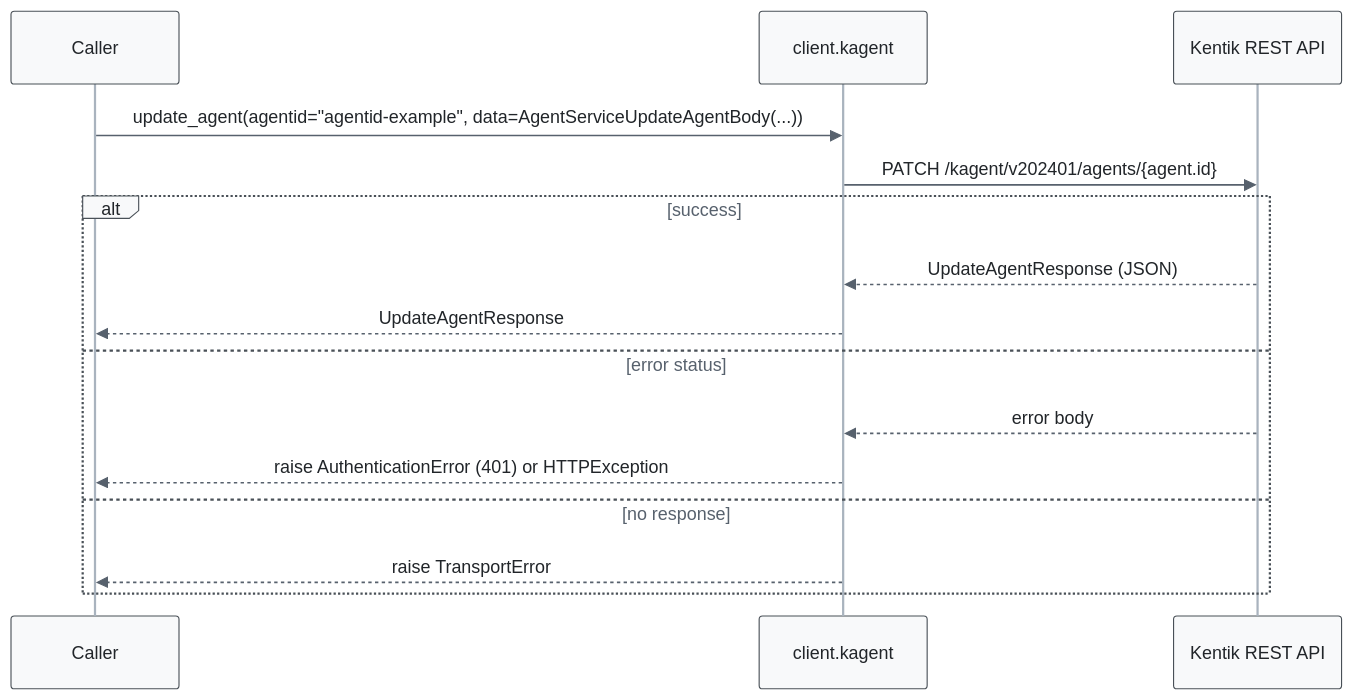
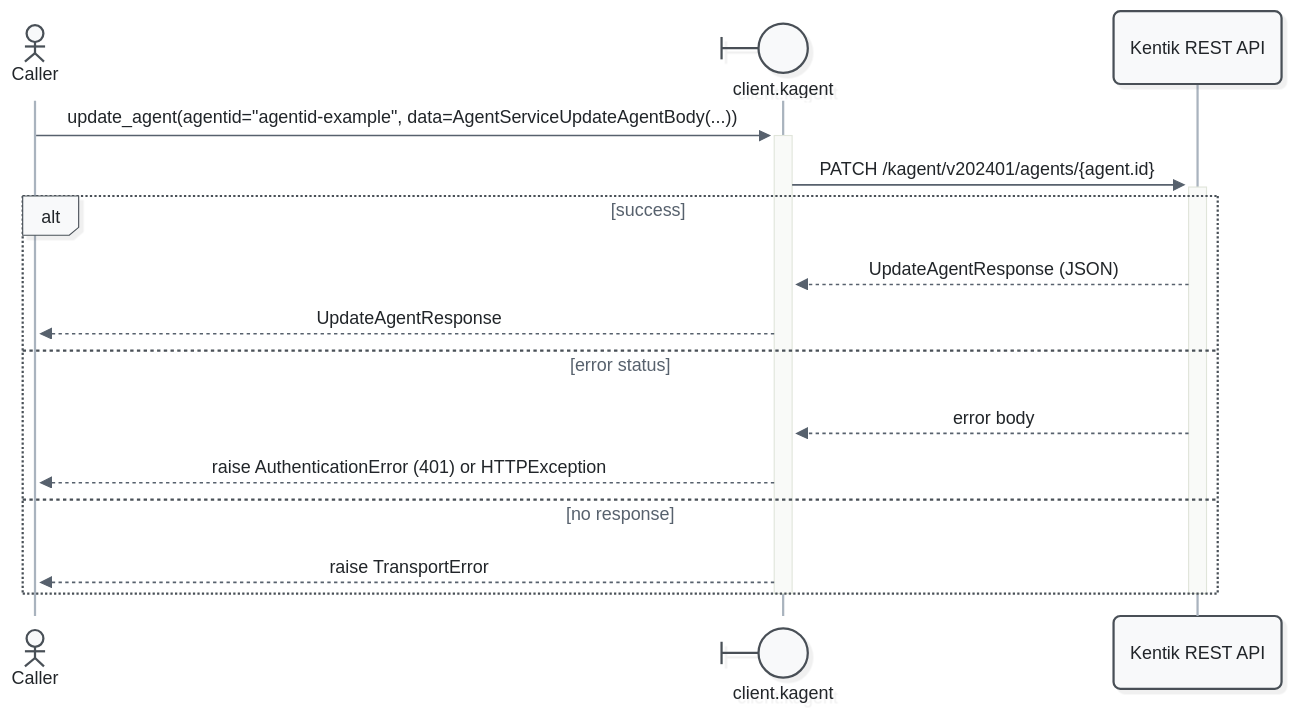
Diagram 11 of 57 in docs/sphinx/services/kagent.md (alexdearaujo/community_sdk_python), drawn with Mermaid before and after one commit. The commit also changed other lines of this file and 52 other files, not shown here.

First line of the commit message:
docs: Mermaid 12 sequence diagrams with participant types and path colors

````diff
--- a/docs/sphinx/services/kagent.md
+++ b/docs/sphinx/services/kagent.md
@@ -429,19 +454,21 @@
 ```mermaid
-%%{init: {"theme": "base", "fontFamily": "ui-monospace, SFMono-Regular, Menlo, monospace", "themeVariables": {"fontFamily": "ui-monospace, SFMono-Regular, Menlo, monospace", "primaryColor": "#f8f9fa", "primaryBorderColor": "#495057", "primaryTextColor": "#212529", "textColor": "#212529", "lineColor": "#77818c", "edgeLabelBackground": "#ffffff", "actorBkg": "#f8f9fa", "actorBorder": "#495057", "actorTextColor": "#212529", "actorLineColor": "#a9b3be", "signalColor": "#57616d", "signalTextColor": "#212529", "labelBoxBkgColor": "#f8f9fa", "labelBoxBorderColor": "#495057", "labelTextColor": "#212529", "loopTextColor": "#57616d", "noteBkgColor": "#fff9db", "noteBorderColor": "#f08c00", "noteTextColor": "#a35a00"}, "flowchart": {"curve": "step", "nodeSpacing": 30, "rankSpacing": 70, "wrappingWidth": 400}}}%%
+%%{init: {"theme": "redux", "look": "neo", "layout": "dagre", "fontFamily": "ui-monospace, SFMono-Regular, Menlo, monospace", "themeVariables": {"fontFamily": "ui-monospace, SFMono-Regular, Menlo, monospace", "primaryColor": "#f8f9fa", "primaryBorderColor": "#495057", "primaryTextColor": "#212529", "textColor": "#212529", "lineColor": "#77818c", "edgeLabelBackground": "#ffffff", "actorBkg": "#f8f9fa", "actorBorder": "#495057", "actorTextColor": "#212529", "actorLineColor": "#a9b3be", "signalColor": "#57616d", "signalTextColor": "#212529", "labelBoxBkgColor": "#f8f9fa", "labelBoxBorderColor": "#495057", "labelTextColor": "#212529", "loopTextColor": "#57616d", "noteBkgColor": "#fff9db", "noteBorderColor": "#f08c00", "noteTextColor": "#a35a00"}, "sequence": {"activationWidth": 16}, "flowchart": {"curve": "step", "nodeSpacing": 30, "rankSpacing": 70, "wrappingWidth": 400}}}%%
 sequenceDiagram
-    participant C as Caller
-    participant W as client.kagent
+    actor C as Caller
+    participant W@{ "type": "boundary" } as client.kagent
     participant API as Kentik REST API
 
-    C->>W: update_agent(agentid="agentid-example", data=AgentServiceUpdateAgentBody(...))
-    W->>API: PATCH /kagent/v202401/agents/{agent.id}
+    C->>+W: update_agent(agentid="agentid-example", data=AgentServiceUpdateAgentBody(...))
+    W->>+API: PATCH /kagent/v202401/agents/{agent.id}
     alt success
         API-->>W: UpdateAgentResponse (JSON)
         W-->>C: UpdateAgentResponse
     else error status
         API-->>W: error body
         W-->>C: raise AuthenticationError (401) or HTTPException
     else no response
         W-->>C: raise TransportError
     end
+    deactivate API
+    deactivate W
 ```
````
